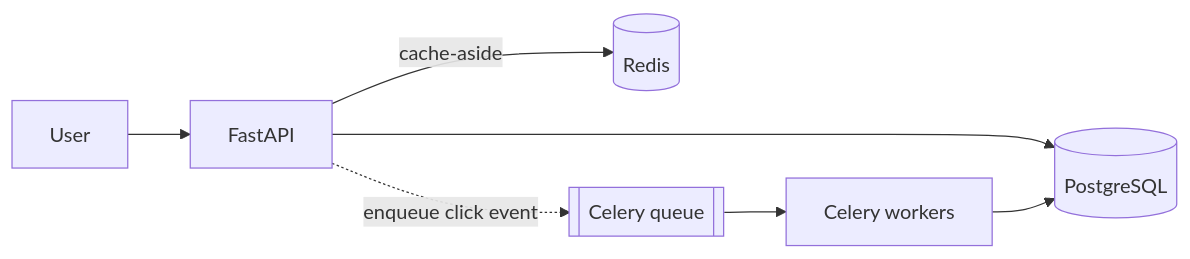
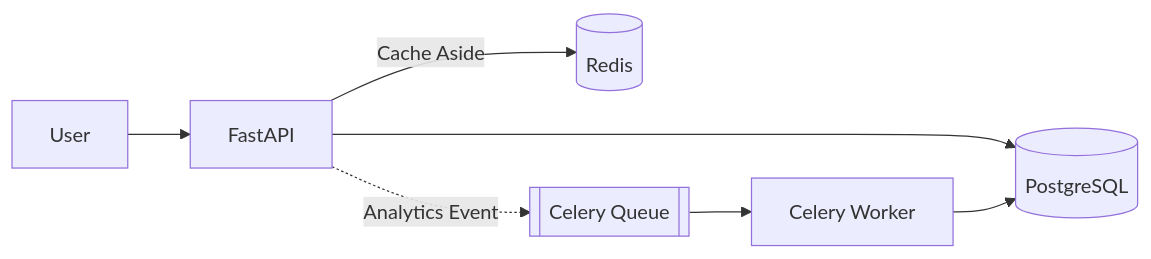
The second of 2 diagrams in README.md (Sudhanshukumar0007/Sudhanshukumar0007), drawn with Mermaid before and after one commit. The commit also changed other lines of this file, not shown here.

````diff
--- a/README.md
+++ b/README.md
@@ -87,9 +113,11 @@
 ```mermaid
 flowchart LR
     U[User] --> API[FastAPI]
-    API -->|cache-aside| RC[(Redis)]
+
+    API -->|Cache Aside| R[(Redis)]
     API --> DB[(PostgreSQL)]
-    API -.->|enqueue click event| Q[[Celery queue]]
-    Q --> W[Celery workers]
+
+    API -.->|Analytics Event| Q[[Celery Queue]]
+    Q --> W[Celery Worker]
     W --> DB
 ```
````
